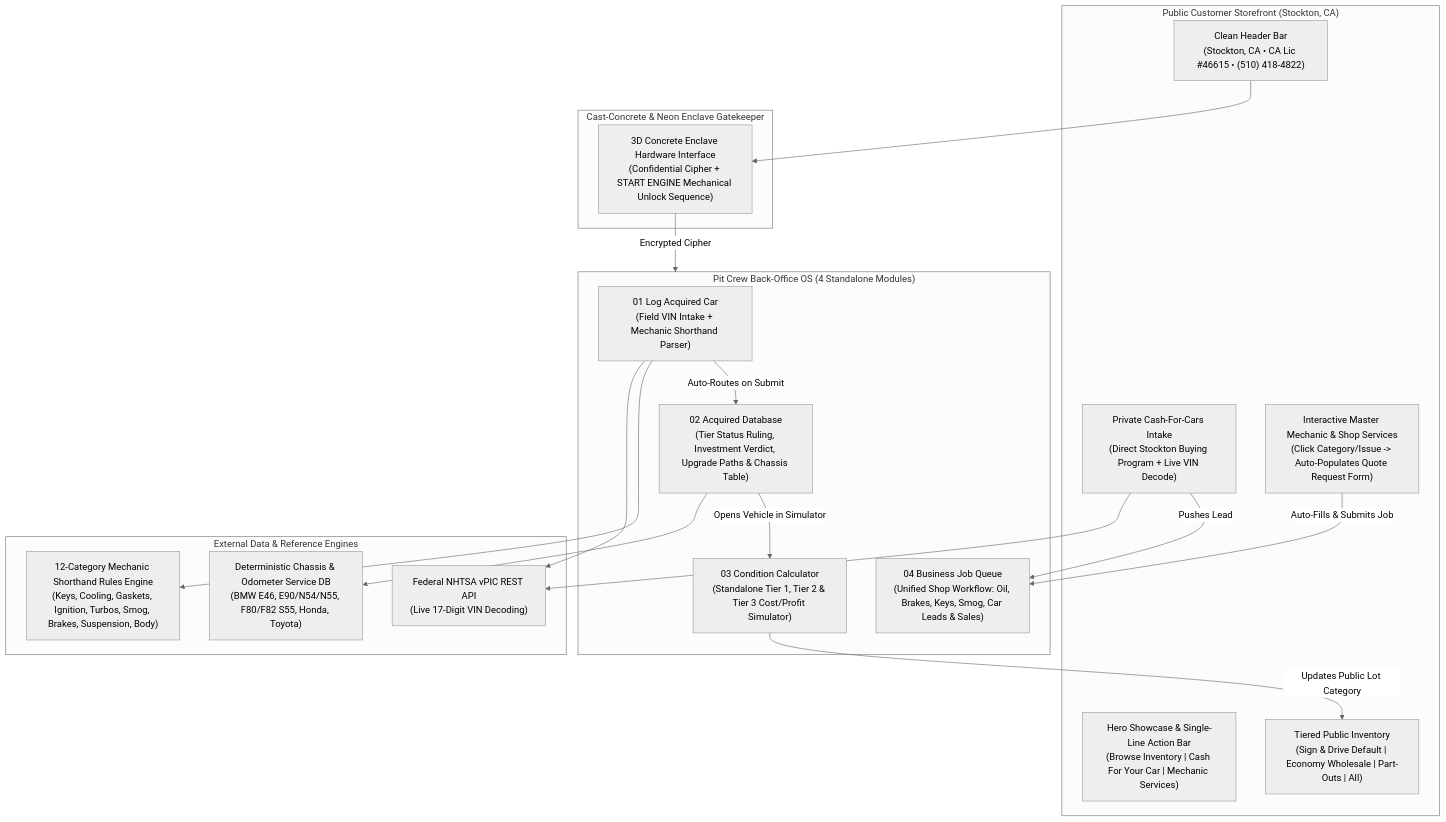
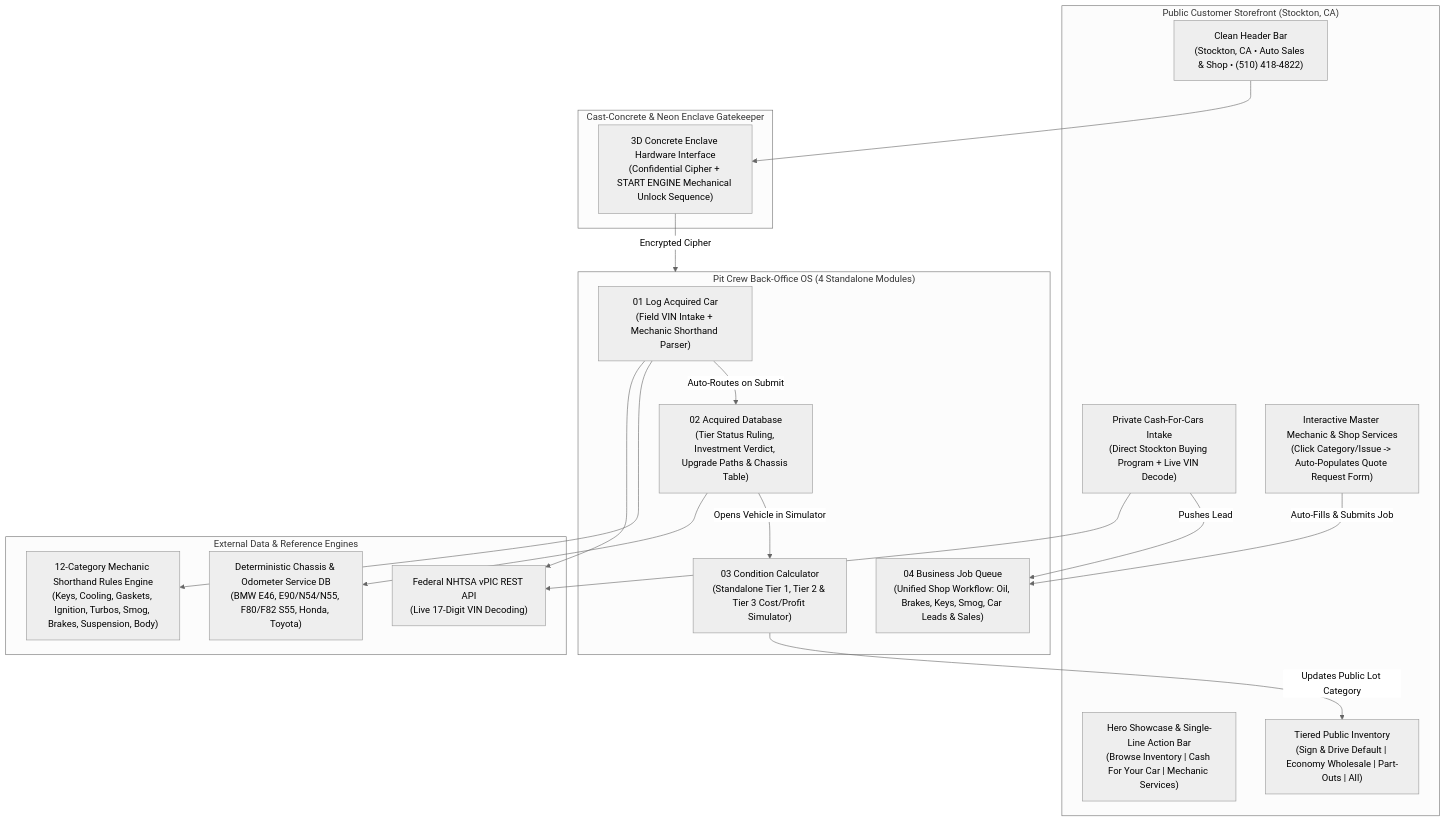
One commit to DOMSWOOZ/MAKI-MOTORSPORTS changed the diagram in README.md. Above: the diagram before and after it, drawn with Mermaid (neutral theme). The commit also changed other lines of this file and 1 other file, not shown here.

````diff
--- a/README.md
+++ b/README.md
@@ -26,39 +25,39 @@
 ```mermaid
 graph TD
     subgraph Public ["Public Customer Storefront (Stockton, CA)"]
-        Nav["Clean Header Bar<br/>(Stockton, CA • CA Lic #46615 • (510) 418-4822)"]
+        Nav["Clean Header Bar<br/>(Stockton, CA • Auto Sales & Shop • (510) 418-4822)"]
         Hero["Hero Showcase & Single-Line Action Bar<br/>(Browse Inventory | Cash For Your Car | Mechanic Services)"]
         Inv["Tiered Public Inventory<br/>(Sign & Drive Default | Economy Wholesale | Part-Outs | All)"]
         CFC["Private Cash-For-Cars Intake<br/>(Direct Stockton Buying Program + Live VIN Decode)"]
         Mech["Interactive Master Mechanic & Shop Services<br/>(Click Category/Issue -> Auto-Populates Quote Request Form)"]
     end
 
     subgraph Gate ["Cast-Concrete & Neon Enclave Gatekeeper"]
         Terminal["3D Concrete Enclave Hardware Interface<br/>(Confidential Cipher + START ENGINE Mechanical Unlock Sequence)"]
     end
 
     subgraph PitCrew ["Pit Crew Back-Office OS (4 Standalone Modules)"]
         Mod1["01 Log Acquired Car<br/>(Field VIN Intake + Mechanic Shorthand Parser)"]
         Mod2["02 Acquired Database<br/>(Tier Status Ruling, Investment Verdict, Upgrade Paths & Chassis Table)"]
         Mod3["03 Condition Calculator<br/>(Standalone Tier 1, Tier 2 & Tier 3 Cost/Profit Simulator)"]
         Mod4["04 Business Job Queue<br/>(Unified Shop Workflow: Oil, Brakes, Keys, Smog, Car Leads & Sales)"]
     end
 
     subgraph External ["External Data & Reference Engines"]
         NHTSA["Federal NHTSA vPIC REST API<br/>(Live 17-Digit VIN Decoding)"]
         ChassisDB["Deterministic Chassis & Odometer Service DB<br/>(BMW E46, E90/N54/N55, F80/F82 S55, Honda, Toyota)"]
         Rules["12-Category Mechanic Shorthand Rules Engine<br/>(Keys, Cooling, Gaskets, Ignition, Turbos, Smog, Brakes, Suspension, Body)"]
     end
 
     Nav --> Terminal
     Terminal -->|Encrypted Cipher| PitCrew
     CFC --> NHTSA
     CFC -->|Pushes Lead| Mod4
     Mech -->|Auto-Fills & Submits Job| Mod4
     Mod1 --> NHTSA
     Mod1 --> Rules
     Mod1 -->|Auto-Routes on Submit| Mod2
     Mod2 --> ChassisDB
     Mod2 -->|Opens Vehicle in Simulator| Mod3
     Mod3 -->|Updates Public Lot Category| Inv
 ```
````
